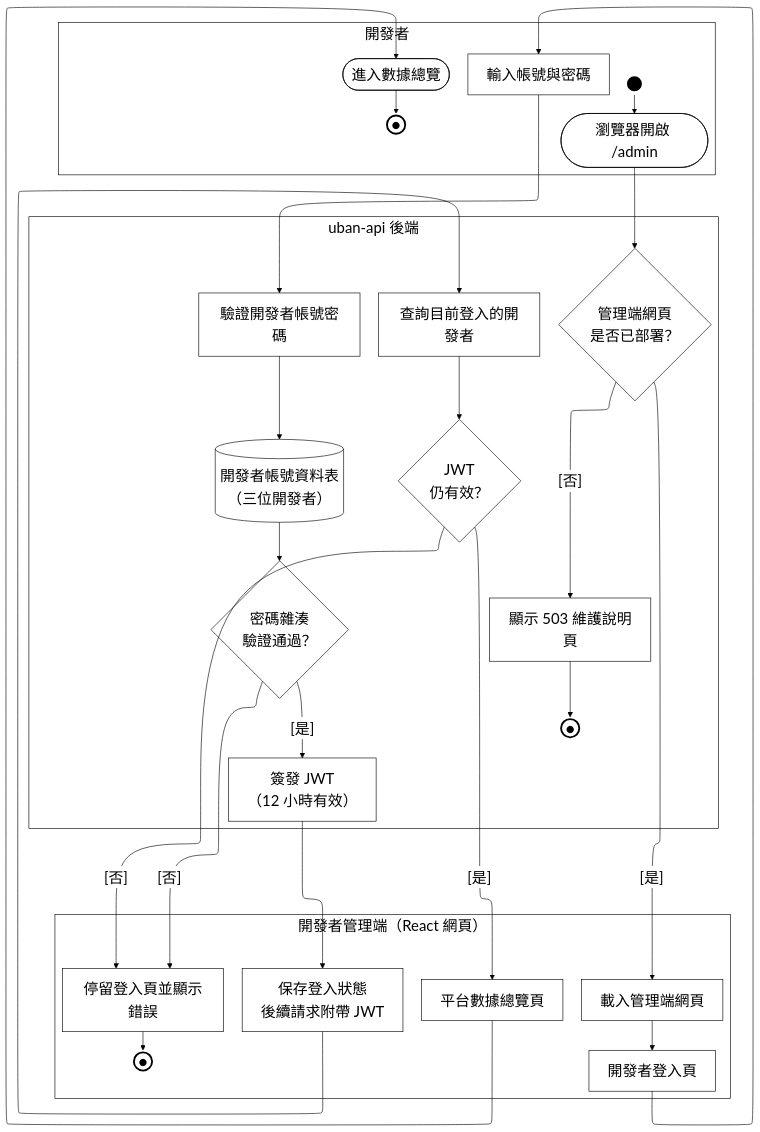
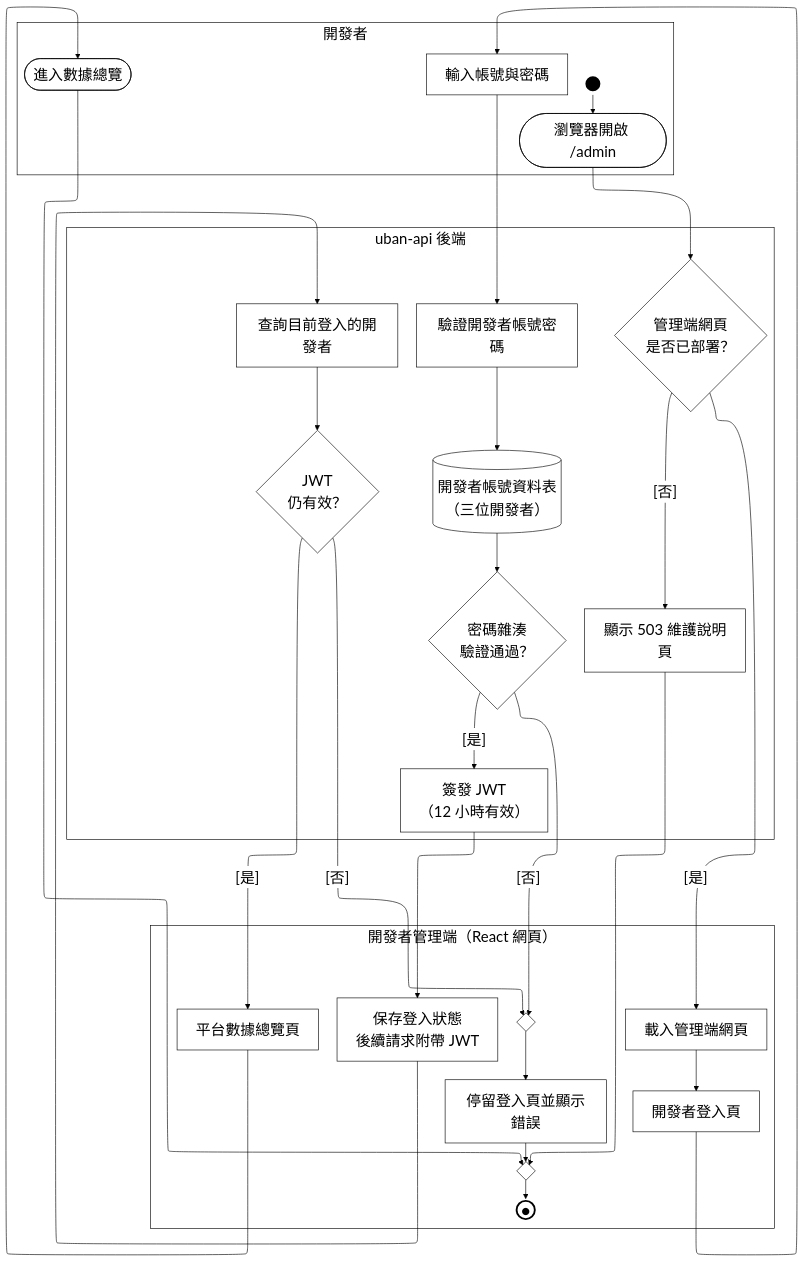
One commit to HuangYu-Kai/Uban changed the diagram in Uban System Documents/mermaid原始碼/A23-開發者登入.mmd. Above: the diagram before and after it, drawn with Mermaid. The commit also changed 226 other files, not shown here.

Commit message:
Complete system manual with updated diagrams, formatting, and natural language

```diff
--- a/Uban System Documents/mermaid原始碼/A23-開發者登入.mmd
+++ b/Uban System Documents/mermaid原始碼/A23-開發者登入.mmd
@@ -1,60 +1,61 @@
 %%{init:{"layout":"elk","elk":{"mergeEdges":false,"nodePlacementStrategy":"NETWORK_SIMPLEX"},"flowchart":{"htmlLabels":true},"themeVariables":{"clusterBkg":"#FFFFFF","clusterBorder":"#000000","edgeLabelBackground":"#FFFFFF","textColor":"#000000","nodeTextColor":"#000000","titleColor":"#000000","lineColor":"#000000","fontSize":"24px"}}}%%
 flowchart TD
+  %% 鎖住泳道順序：ELK 不照宣告順序排，沒有這條鏈後端會跑到最上面
   subgraph ROLE["開發者"]
     PAD_ROLE["&nbsp;&nbsp;&nbsp;&nbsp;&nbsp;&nbsp;&nbsp;&nbsp;&nbsp;&nbsp;&nbsp;&nbsp;&nbsp;&nbsp;&nbsp;&nbsp;&nbsp;&nbsp;&nbsp;&nbsp;&nbsp;&nbsp;&nbsp;&nbsp;&nbsp;&nbsp;&nbsp;&nbsp;&nbsp;&nbsp;&nbsp;&nbsp;&nbsp;&nbsp;&nbsp;&nbsp;&nbsp;&nbsp;&nbsp;&nbsp;&nbsp;&nbsp;&nbsp;&nbsp;&nbsp;&nbsp;&nbsp;&nbsp;&nbsp;&nbsp;&nbsp;&nbsp;&nbsp;&nbsp;&nbsp;&nbsp;&nbsp;&nbsp;"]:::pad
     ST_S1(("&nbsp;")):::term
     S1([瀏覽器開啟 /admin]):::act
     S2["輸入帳號與密碼"]:::act
     S3(["進入數據總覽"]):::act
-    EN_S3(("●")):::endterm
   end
   subgraph FE["開發者管理端（React 網頁）"]
     A1["載入管理端網頁"]:::act
     A2["開發者登入頁"]:::act
     A3["保存登入狀態<br/>後續請求附帶 JWT"]:::act
     A4["停留登入頁並顯示錯誤"]:::act
-    EN_A4(("●")):::endterm
     A5["平台數據總覽頁"]:::act
+    M_A4{" "}:::dec
+    M_END{" "}:::dec
+    EN_ALL(("●")):::endterm
   end
   subgraph BE["uban-api 後端"]
     PAD_BE["&nbsp;&nbsp;&nbsp;&nbsp;&nbsp;&nbsp;&nbsp;&nbsp;&nbsp;&nbsp;&nbsp;&nbsp;&nbsp;&nbsp;&nbsp;&nbsp;&nbsp;&nbsp;&nbsp;&nbsp;&nbsp;&nbsp;&nbsp;&nbsp;&nbsp;&nbsp;&nbsp;&nbsp;"]:::pad
     B0{"管理端網頁<br/>是否已部署？"}:::dec
     B1["顯示 503 維護說明頁"]:::act
-    EN_B1(("●")):::endterm
     B2["驗證開發者帳號密碼"]:::act
     B3{"密碼雜湊<br/>驗證通過？"}:::dec
     B4["簽發 JWT<br/>（12 小時有效）"]:::act
     B5["查詢目前登入的開發者"]:::act
     B6{"JWT<br/>仍有效？"}:::dec
     DB[("開發者帳號資料表<br/>（三位開發者）")]:::act
   end
 
   ST_S1 --> S1
   S1 --> B0
   B0 -->|"[否]"| B1
   B0 -->|"[是]"| A1
   A1 --> A2
   A2 --> S2
   S2 --> B2
   B2 --> DB
   DB --> B3
-  B3 -->|"[否]"| A4
+  B3 -->|"[否]"| M_A4
   B3 -->|"[是]"| B4
   B4 --> A3
   A3 --> B5
   B5 --> B6
-  B6 -->|"[否]"| A4
+  B6 -->|"[否]"| M_A4
   B6 -->|"[是]"| A5
   A5 --> S3
-  S3 --> EN_S3
-  A4 --> EN_A4
-  B1 --> EN_B1
-  %% 鎖住泳道順序：ELK 不照宣告順序排，沒有這條鏈後端會跑到最上面
+  S3 --> M_END
+  A4 --> M_END
+  B1 --> M_END
+  M_A4 --> A4
+  M_END --> EN_ALL
   ROLE ~~~ FE ~~~ BE
-
   classDef pad  fill:none,stroke:none,color:#FFFFFF
   classDef act  fill:#FFFFFF,stroke:#000000,stroke-width:1px,color:#000000
   classDef dec  fill:#FFFFFF,stroke:#000000,stroke-width:1px,color:#000000
   classDef term fill:#000000,stroke:#000000,stroke-width:3px,color:#000000
   classDef endterm fill:#FFFFFF,stroke:#000000,stroke-width:3px,color:#000000
   classDef gap  fill:#FFFFFF,stroke:#000000,stroke-width:1px,color:#000000,stroke-dasharray:4 3
```
